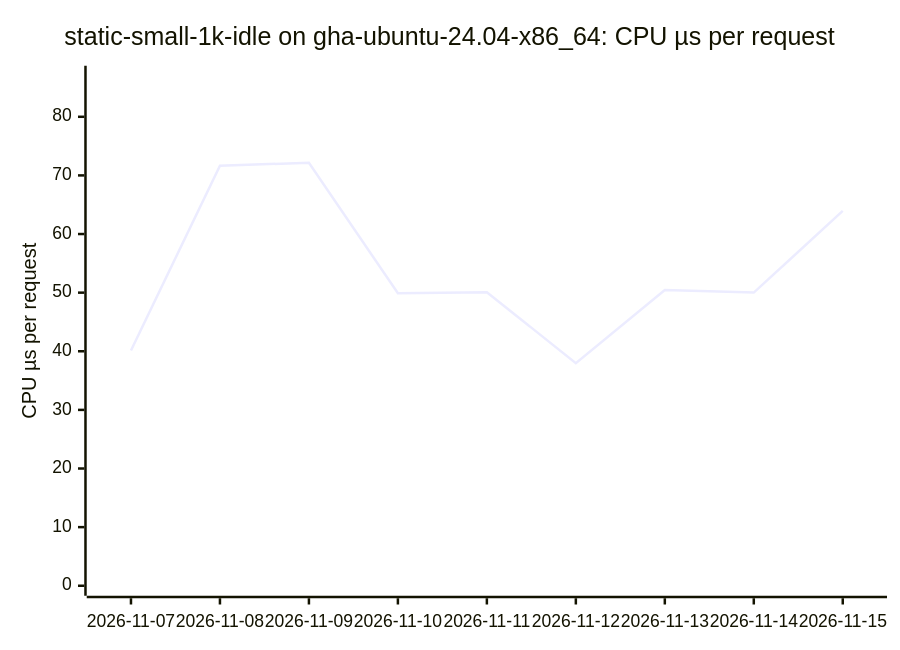
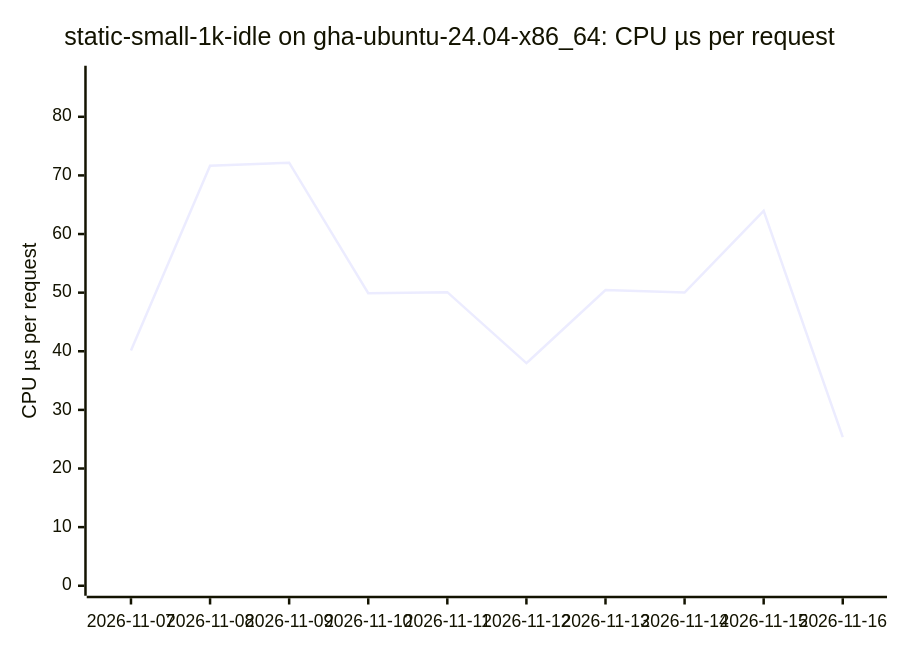
One commit to ThePixelPilgrim/durchlauferhitzer changed the ninth of 18 diagrams in BENCHMARKS.md. Above: the diagram before and after it, drawn with Mermaid. The commit also changed other lines of this file and 1 other file, not shown here.

````diff
--- a/BENCHMARKS.md
+++ b/BENCHMARKS.md
@@ -106,7 +106,7 @@
 ```mermaid
 xychart-beta
   title "static-small-1k-idle on gha-ubuntu-24.04-x86_64: CPU µs per request"
-  x-axis ["2026-11-07", "2026-11-08", "2026-11-09", "2026-11-10", "2026-11-11", "2026-11-12", "2026-11-13", "2026-11-14", "2026-11-15"]
+  x-axis ["2026-11-07", "2026-11-08", "2026-11-09", "2026-11-10", "2026-11-11", "2026-11-12", "2026-11-13", "2026-11-14", "2026-11-15", "2026-11-16"]
   y-axis "CPU µs per request" 0 --> 87
-  line [40.14, 71.65, 72.17, 49.90, 50.08, 37.97, 50.44, 50.01, 63.94]
+  line [40.14, 71.65, 72.17, 49.90, 50.08, 37.97, 50.44, 50.01, 63.94, 25.36]
 ```
````
